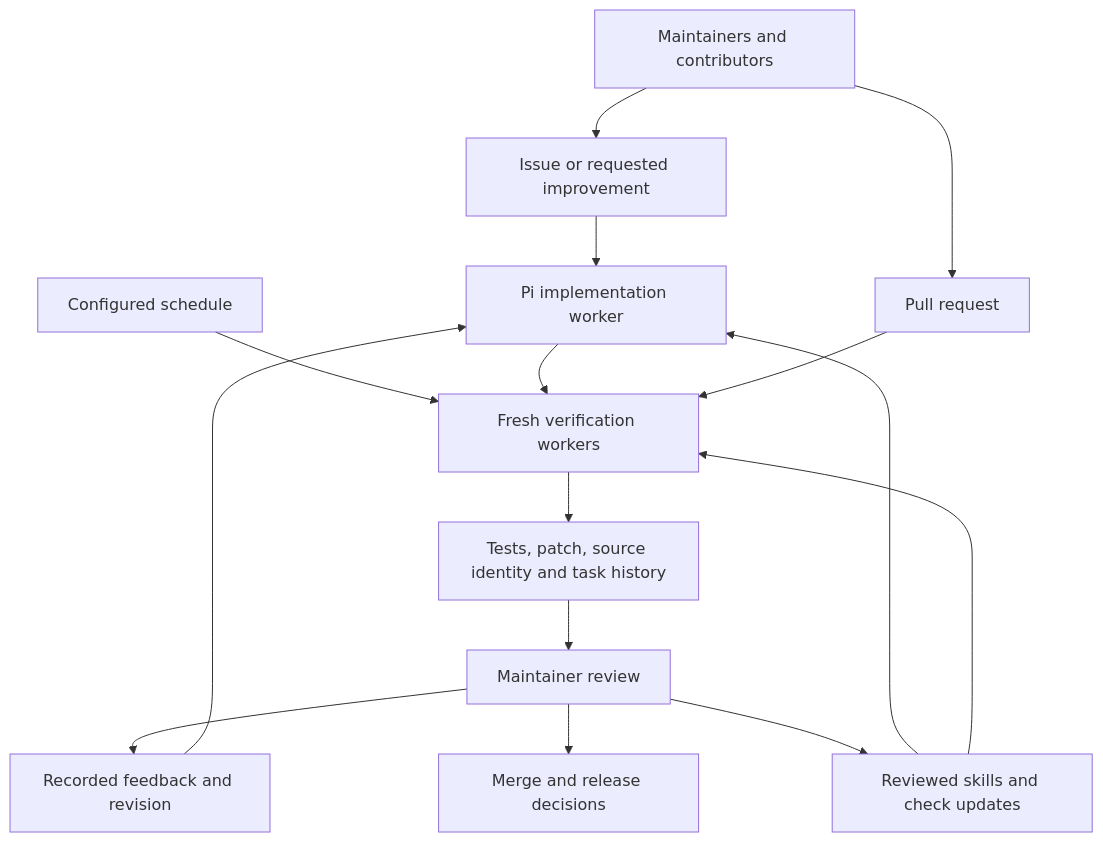
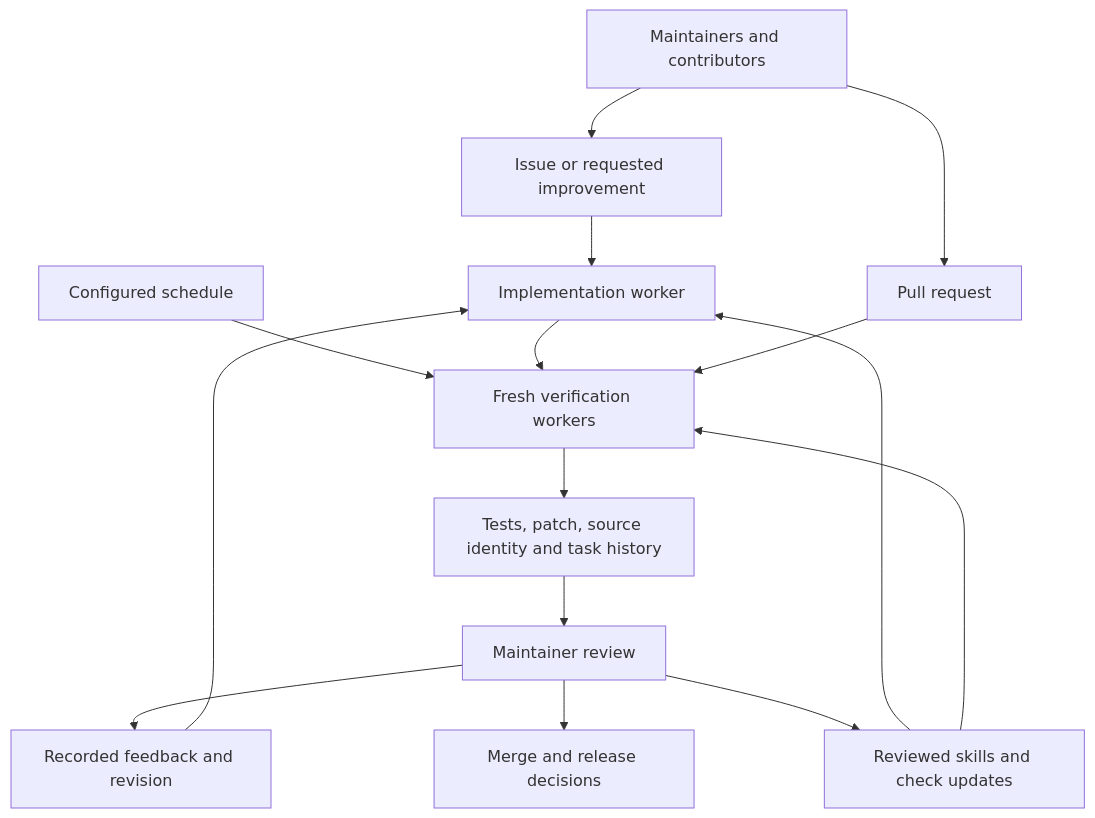
The diagram in .forge/README.md (numinous-technology/d-inference), drawn with Mermaid before and after one commit. The commit also changed other lines of this file and 7 other files, not shown here.

````diff
--- a/.forge/README.md
+++ b/.forge/README.md
@@ -14,17 +14,17 @@
 ```mermaid
 flowchart TB
     People[Maintainers and contributors] --> Request[Issue or requested improvement]
     People --> PR[Pull request]
     Clock[Configured schedule] --> Checks
-    Request --> Work[Pi implementation worker]
+    Request --> Work[Implementation worker]
     Work --> Checks[Fresh verification workers]
     PR --> Checks
     Checks --> Evidence[Tests, patch, source identity and task history]
     Evidence --> Review[Maintainer review]
     Review --> Feedback[Recorded feedback and revision]
     Feedback --> Work
     Review --> Merge[Merge and release decisions]
     Review --> Policy[Reviewed skills and check updates]
     Policy --> Work
     Policy --> Checks
 ```
````
